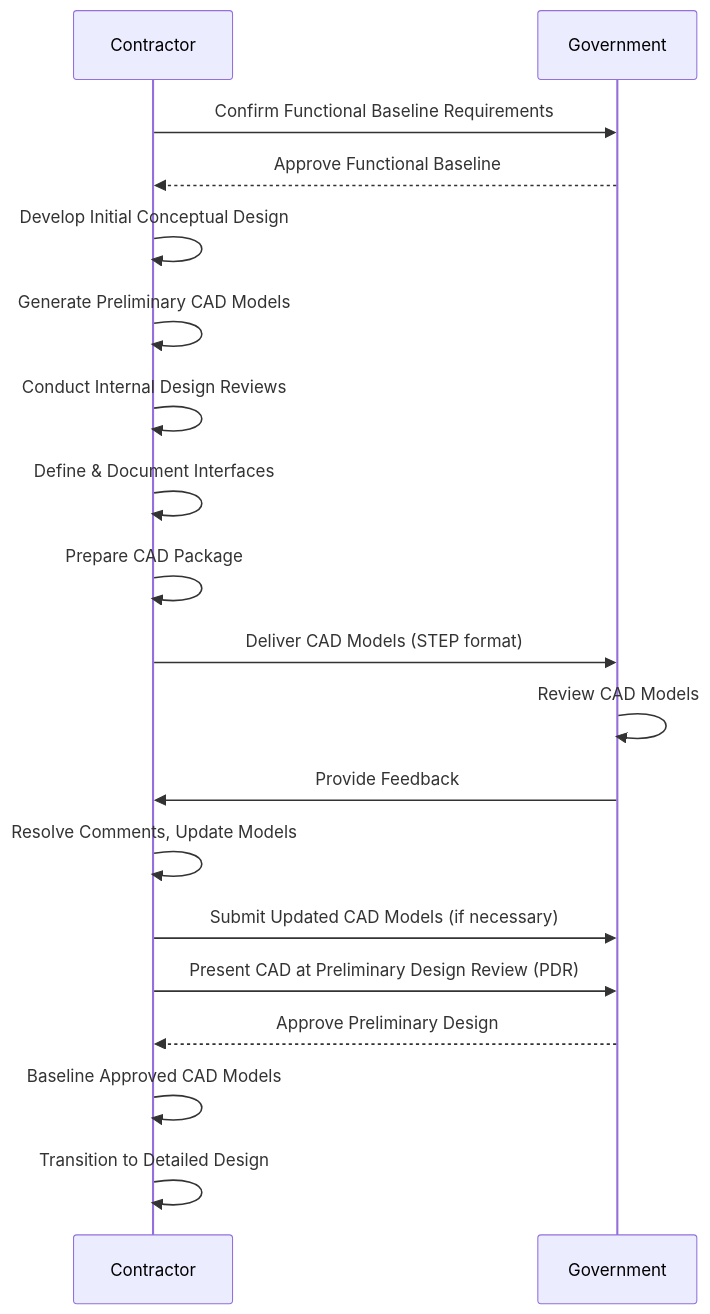
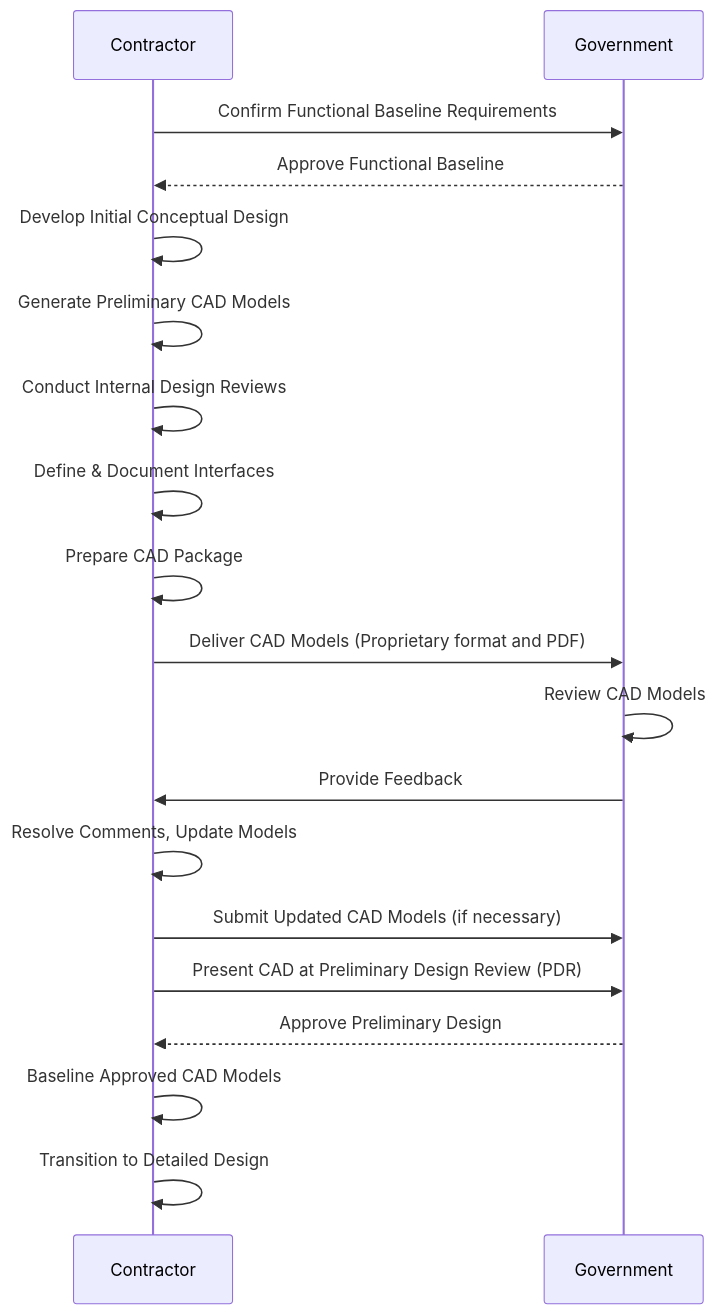
Before and after one commit to cbensonIstari/Hardware_unit_tests: the diagram in Acquisition_Milestones/Sequence.mmd, drawn with Mermaid.

```diff
--- a/Acquisition_Milestones/Sequence.mmd
+++ b/Acquisition_Milestones/Sequence.mmd
@@ -1,29 +1,29 @@
 sequenceDiagram
     participant Contractor
     participant Government
 
     Contractor->>Government: Confirm Functional Baseline Requirements
     Government-->>Contractor: Approve Functional Baseline
 
     Contractor->>Contractor: Develop Initial Conceptual Design
     Contractor->>Contractor: Generate Preliminary CAD Models
 
     Contractor->>Contractor: Conduct Internal Design Reviews
     Contractor->>Contractor: Define & Document Interfaces
 
     Contractor->>Contractor: Prepare CAD Package
 
-    Contractor->>Government: Deliver CAD Models (STEP format)
+    Contractor->>Government: Deliver CAD Models (Proprietary format and PDF)
 
     Government->>Government: Review CAD Models
     Government->>Contractor: Provide Feedback
 
     Contractor->>Contractor: Resolve Comments, Update Models
 
     Contractor->>Government: Submit Updated CAD Models (if necessary)
 
     Contractor->>Government: Present CAD at Preliminary Design Review (PDR)
     Government-->>Contractor: Approve Preliminary Design
 
     Contractor->>Contractor: Baseline Approved CAD Models
     Contractor->>Contractor: Transition to Detailed Design
```
